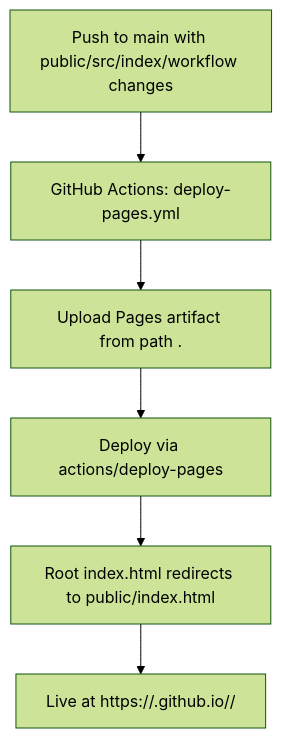
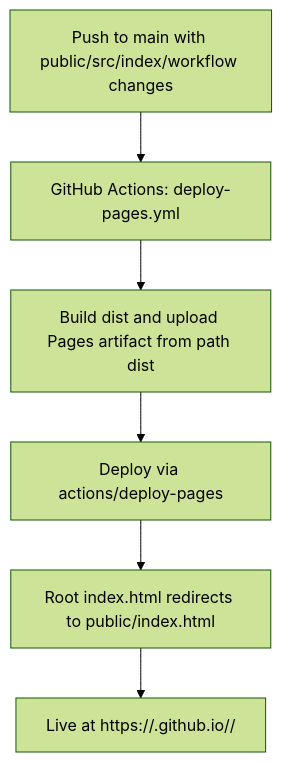
The first of 5 diagrams in DEPLOY_TO_GITHUB_MERMAID.md (fingerfly/hlm), drawn with Mermaid (forest theme) before and after one commit. The commit also changed other lines of this file and 68 other files, not shown here.

````diff
--- a/DEPLOY_TO_GITHUB_MERMAID.md
+++ b/DEPLOY_TO_GITHUB_MERMAID.md
@@ -8,9 +8,9 @@
 ```mermaid
 flowchart TD
   A[Push to main with public/src/index/workflow changes]
   --> B[GitHub Actions: deploy-pages.yml]
-  B --> C[Upload Pages artifact from path .]
+  B --> C[Build dist and upload Pages artifact from path dist]
   C --> D[Deploy via actions/deploy-pages]
   D --> E[Root index.html redirects to public/index.html]
   E --> F[Live at https://<owner>.github.io/<repo>/]
 ```
````
